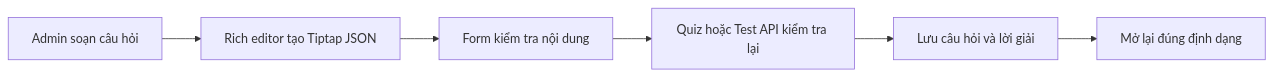
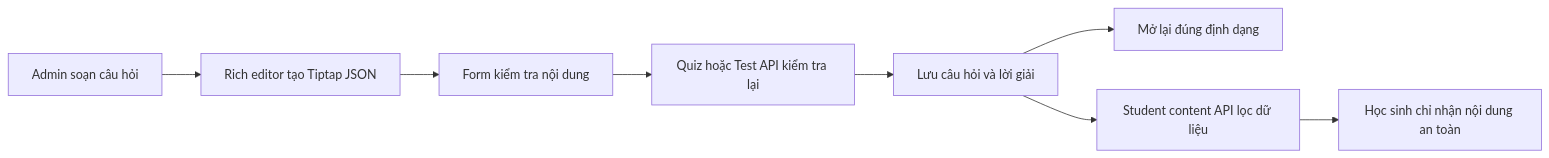
Before and after one commit to DamAnhTuanTB/ClassHero: the diagram in docs/learning-notes/features/quiz-flashcard-test.md, drawn with Mermaid. The commit also changed other lines of this file and 20 other files, not shown here.

First line of the commit message:
feat(api): add student lesson content reads

````diff
--- a/docs/learning-notes/features/quiz-flashcard-test.md
+++ b/docs/learning-notes/features/quiz-flashcard-test.md
@@ -16,8 +16,10 @@
 ```mermaid
 flowchart LR
   A[Admin soạn câu hỏi] --> B[Rich editor tạo Tiptap JSON]
   B --> C[Form kiểm tra nội dung]
   C --> D[Quiz hoặc Test API kiểm tra lại]
   D --> E[Lưu câu hỏi và lời giải]
   E --> F[Mở lại đúng định dạng]
+  E --> G[Student content API lọc dữ liệu]
+  G --> H[Học sinh chỉ nhận nội dung an toàn]
 ```
````
